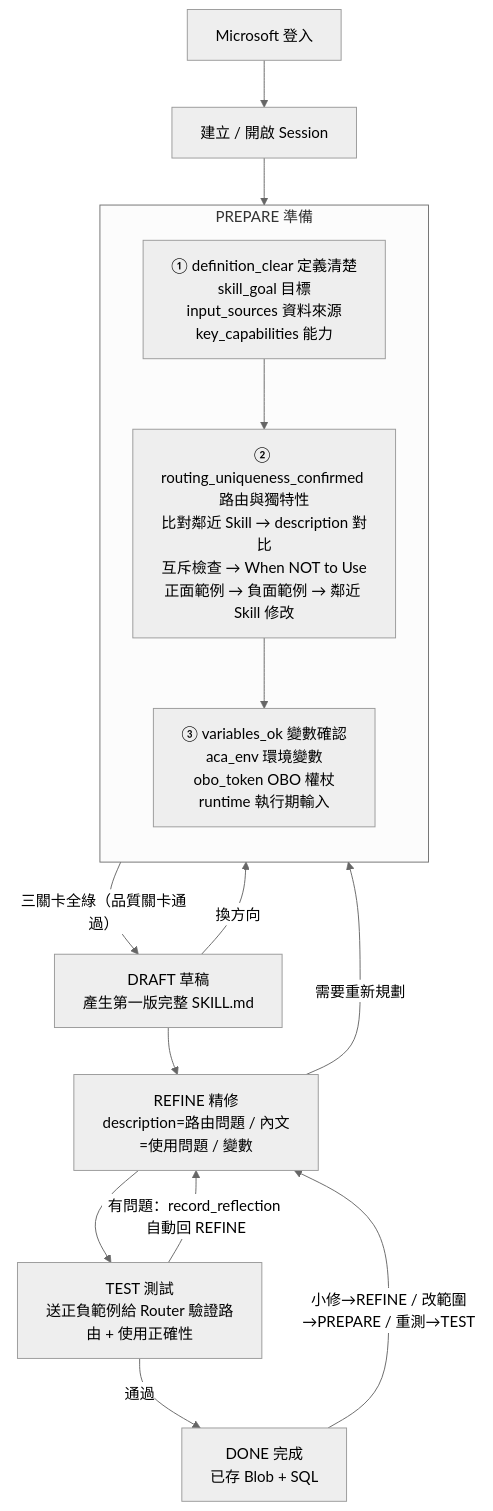
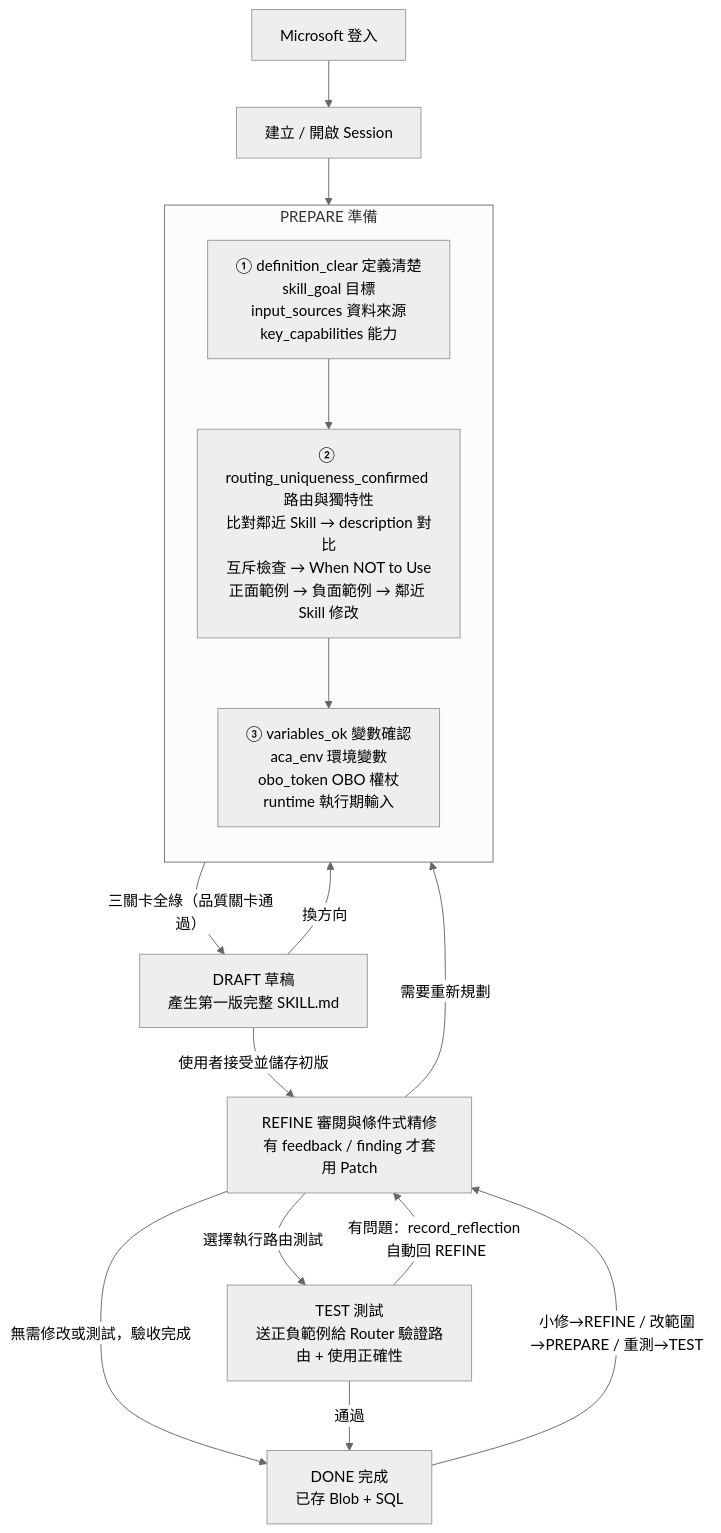
Before and after one commit to georgeliang0821/foundry-skill-generator-v3: the first of 2 diagrams in docs/01-overview.md, drawn with Mermaid (neutral theme). The commit also changed other lines of this file and 3 other files, not shown here.

````diff
--- a/docs/01-overview.md
+++ b/docs/01-overview.md
@@ -60,22 +60,23 @@
 ```mermaid
 flowchart TD
     L[Microsoft 登入] --> N[建立 / 開啟 Session]
     N --> P
 
     subgraph P[PREPARE 準備]
         direction TB
         P1["① definition_clear 定義清楚<br/>skill_goal 目標<br/>input_sources 資料來源<br/>key_capabilities 能力"]
         P2["② routing_uniqueness_confirmed 路由與獨特性<br/>比對鄰近 Skill → description 對比<br/>互斥檢查 → When NOT to Use<br/>正面範例 → 負面範例 → 鄰近 Skill 修改"]
         P3["③ variables_ok 變數確認<br/>aca_env 環境變數<br/>obo_token OBO 權杖<br/>runtime 執行期輸入"]
         P1 --> P2 --> P3
     end
 
     P -->|三關卡全綠（品質關卡通過）| D[DRAFT 草稿<br/>產生第一版完整 SKILL.md]
-    D --> R[REFINE 精修<br/>description=路由問題 / 內文=使用問題 / 變數]
-    R --> T[TEST 測試<br/>送正負範例給 Router 驗證路由 + 使用正確性]
+    D -->|使用者接受並儲存初版| R[REFINE 審閱與條件式精修<br/>有 feedback / finding 才套用 Patch]
+    R -->|選擇執行路由測試| T[TEST 測試<br/>送正負範例給 Router 驗證路由 + 使用正確性]
+    R -->|無需修改或測試，驗收完成| DONE
     T -->|有問題：record_reflection 自動回 REFINE| R
     T -->|通過| DONE[DONE 完成<br/>已存 Blob + SQL]
     D -->|換方向| P
     R -->|需要重新規劃| P
     DONE -->|小修→REFINE / 改範圍→PREPARE / 重測→TEST| R
 ```
````
